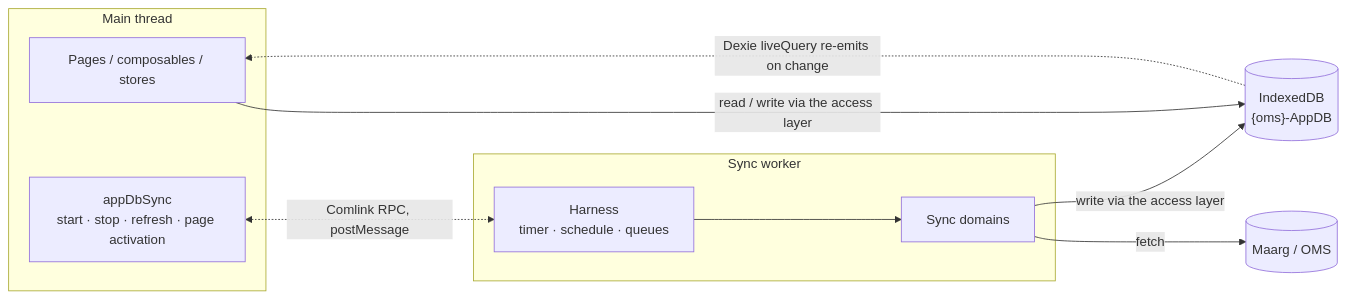
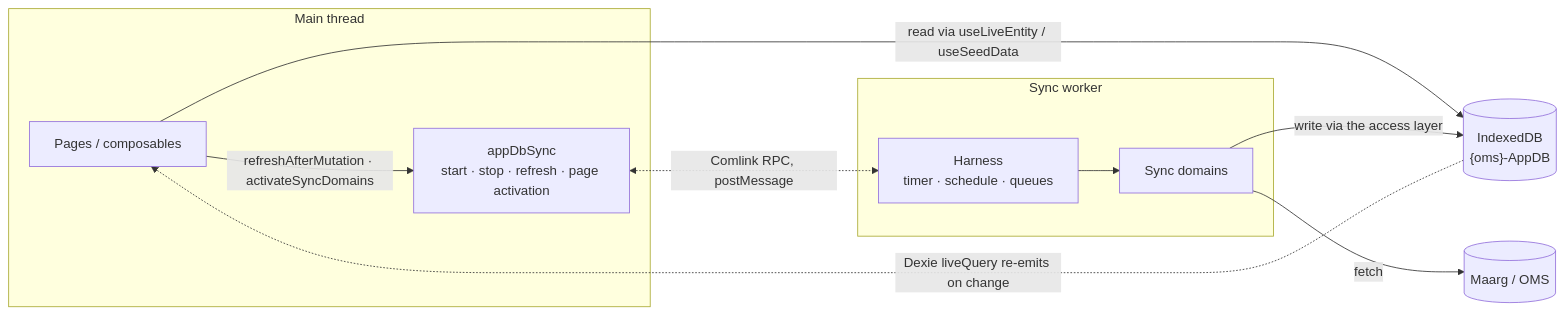
One commit to hotwax/accxui changed the first of 6 diagrams in docs/APP_DB_ARCHITECTURE.md. Above: the diagram before and after it, drawn with Mermaid. The commit also changed 1 other file, not shown here.

Commit message:
Updated: app db developer guide matches the current framework: stopAppDbSync keeps retainOnLogout tables and closes no live reads, stores reach only appDbSync (folder diagram and the architecture overview), loadSeedData is not for workers, useLiveEntity's syncDomain/synced documented, useProductMaster in the data API and deep-import tables, class C domain files, and the overridden-seed filter in the new-app example.

````diff
--- a/docs/APP_DB_ARCHITECTURE.md
+++ b/docs/APP_DB_ARCHITECTURE.md
@@ -29,20 +29,21 @@
 ```mermaid
 flowchart LR
     subgraph MAIN["Main thread"]
-      UI["Pages / composables / stores"]
+      UI["Pages / composables"]
       FAC["appDbSync<br/>start · stop · refresh · page activation"]
     end
     subgraph WORKER["Sync worker"]
       HAR["Harness<br/>timer · schedule · queues"]
       DOM["Sync domains"]
     end
     IDB[("IndexedDB<br/>{oms}-AppDB")]
     API[("Maarg / OMS")]
 
-    UI -- "read / write via the access layer" --> IDB
+    UI -- "read via useLiveEntity / useSeedData" --> IDB
+    UI -- "refreshAfterMutation · activateSyncDomains" --> FAC
     FAC <-. "Comlink RPC, postMessage" .-> HAR
     HAR --> DOM
     DOM -- fetch --> API
     DOM -- "write via the access layer" --> IDB
     IDB -. "Dexie liveQuery re-emits on change" .-> UI
 ```
````
